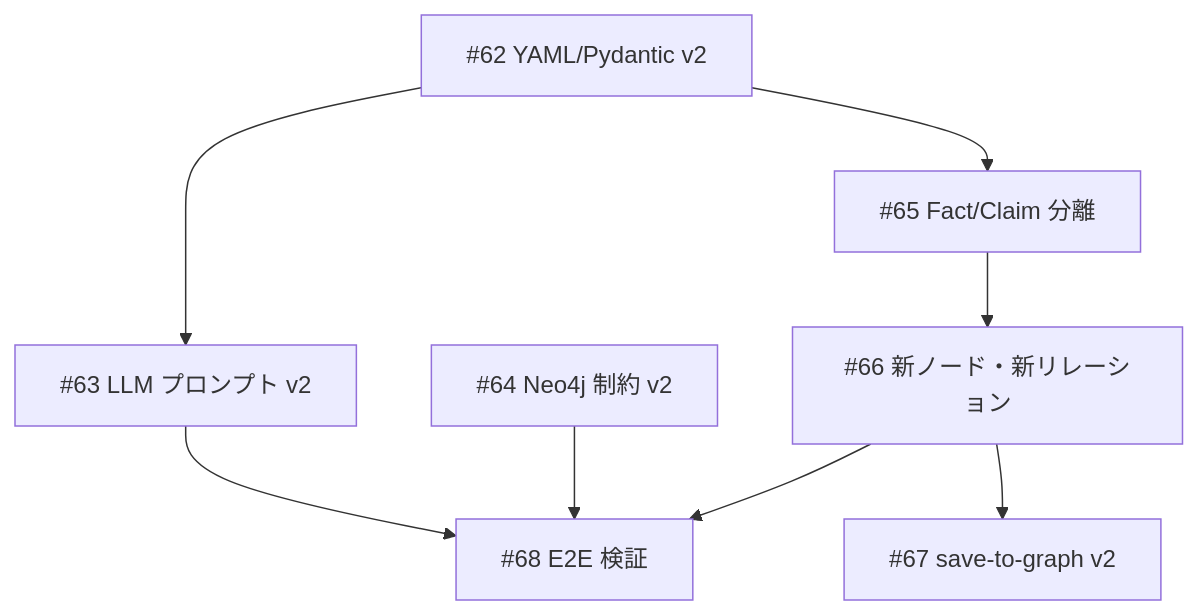
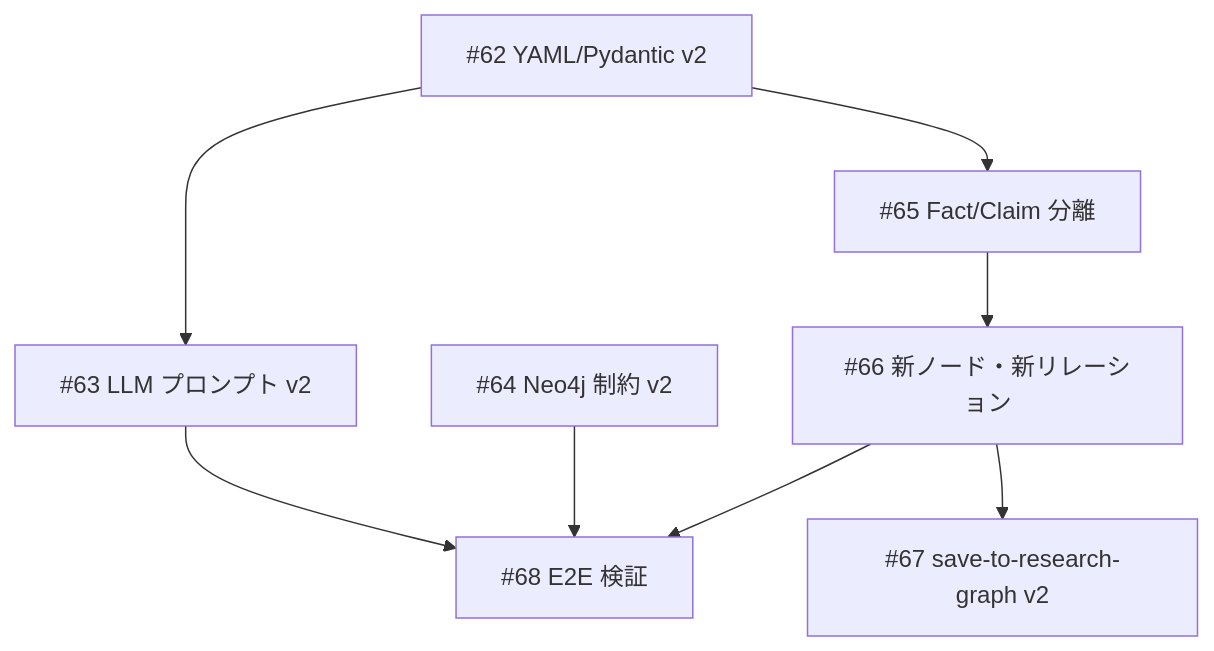
The diagram in docs/project/project-8/project.md (YH-05/note-finance), drawn with Mermaid before and after one commit. The commit also changed other lines of this file and 222 other files, not shown here.

First line of the commit message:
refactor: save-to-graph → save-to-research-graph リネーム、data_pipeline Layer0追加、career_sister週次更新

````diff
--- a/docs/project/project-8/project.md
+++ b/docs/project/project-8/project.md
@@ -131,11 +131,11 @@
 ```mermaid
 graph TD
     A[#62 YAML/Pydantic v2] --> B[#63 LLM プロンプト v2]
     A --> D[#65 Fact/Claim 分離]
     C[#64 Neo4j 制約 v2]
     D --> E[#66 新ノード・新リレーション]
-    E --> F[#67 save-to-graph v2]
+    E --> F[#67 save-to-research-graph v2]
     E --> G[#68 E2E 検証]
     C --> G
     B --> G
 ```
````
